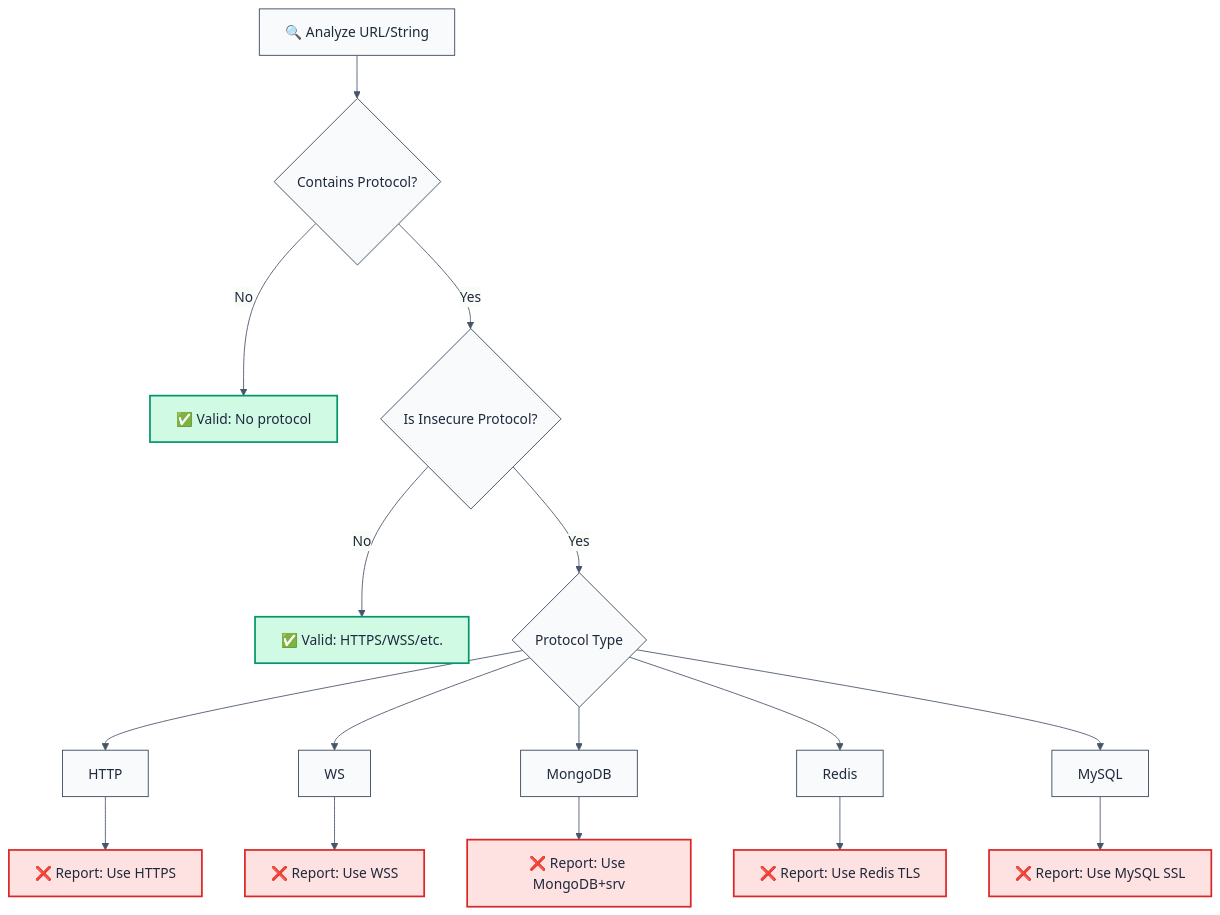
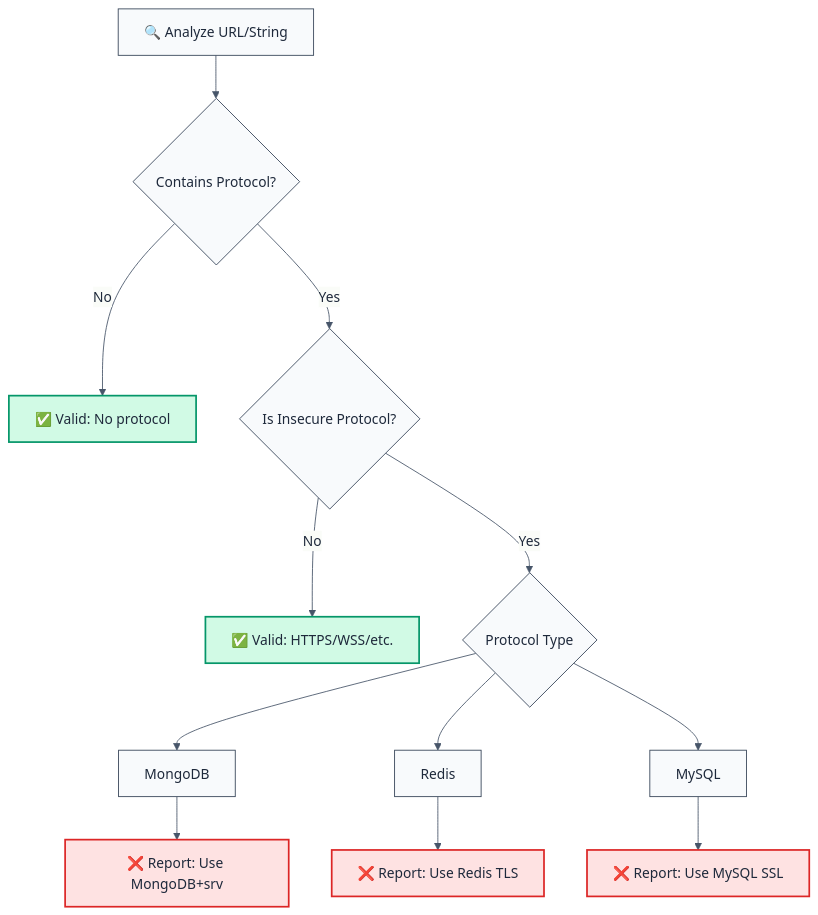
Before and after one commit to ofri-peretz/eslint: the diagram in apps/docs/content/docs/security/plugin-browser-security/rules/no-unencrypted-transmission.mdx, drawn with Mermaid. The commit also changed other lines of this file and 883 other files, not shown here.

````diff
--- a/apps/docs/content/docs/security/plugin-browser-security/rules/no-unencrypted-transmission.mdx
+++ b/apps/docs/content/docs/security/plugin-browser-security/rules/no-unencrypted-transmission.mdx
@@ -43,36 +43,30 @@
 ```mermaid
 %%{init: {
   'theme': 'base',
   'themeVariables': {
     'primaryColor': '#f8fafc',
     'primaryTextColor': '#1e293b',
     'primaryBorderColor': '#334155',
     'lineColor': '#475569'
   }
 }}%%
 flowchart TD
     A["🔍 Analyze URL/String"] --> B{"Contains Protocol?"}
     B -->|No| C["✅ Valid: No protocol"]
     B -->|Yes| D{"Is Insecure Protocol?"}
     D -->|No| E["✅ Valid: HTTPS/WSS/etc."]
     D -->|Yes| F{"Protocol Type"}
-    F --> G["HTTP"]
-    F --> H["WS"]
     F --> I["MongoDB"]
     F --> J["Redis"]
     F --> K["MySQL"]
-    G --> L["❌ Report: Use HTTPS"]
-    H --> M["❌ Report: Use WSS"]
     I --> N["❌ Report: Use MongoDB+srv"]
     J --> O["❌ Report: Use Redis TLS"]
     K --> P["❌ Report: Use MySQL SSL"]
 
     style C fill:#d1fae5,stroke:#059669,stroke-width:2px
     style E fill:#d1fae5,stroke:#059669,stroke-width:2px
-    style L fill:#fee2e2,stroke:#dc2626,stroke-width:2px
-    style M fill:#fee2e2,stroke:#dc2626,stroke-width:2px
     style N fill:#fee2e2,stroke:#dc2626,stroke-width:2px
     style O fill:#fee2e2,stroke:#dc2626,stroke-width:2px
     style P fill:#fee2e2,stroke:#dc2626,stroke-width:2px
 
 ```
````
